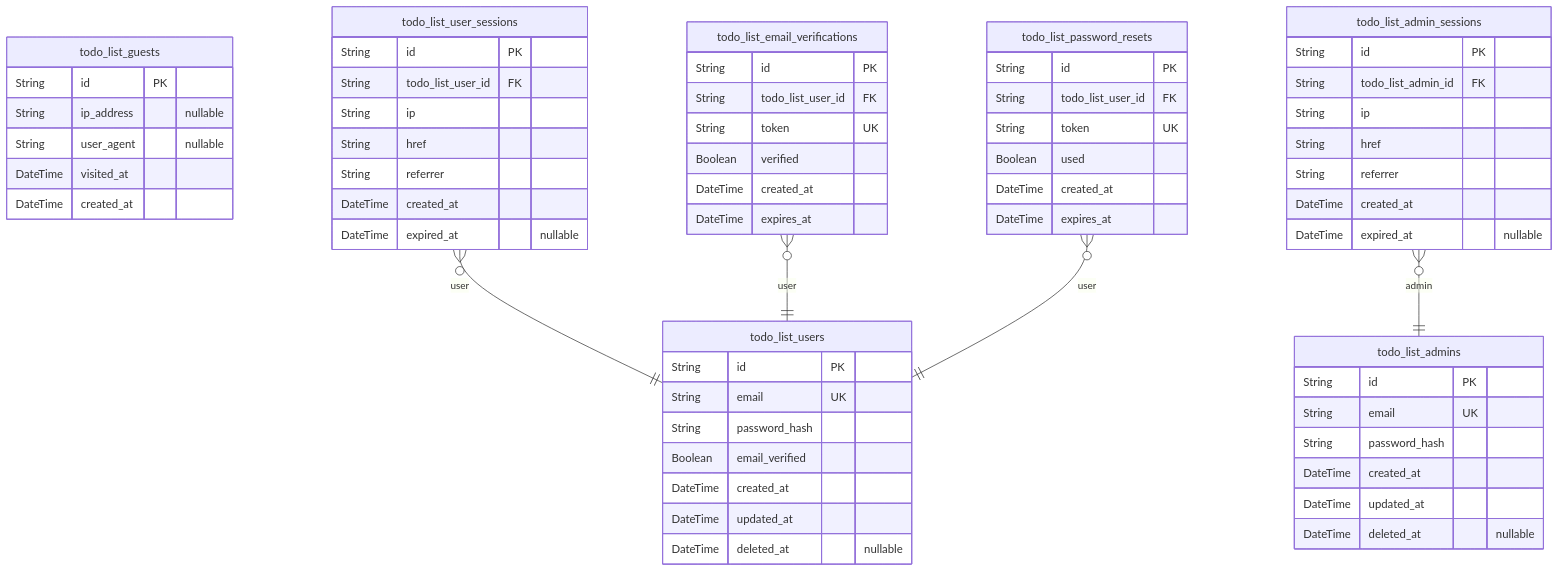
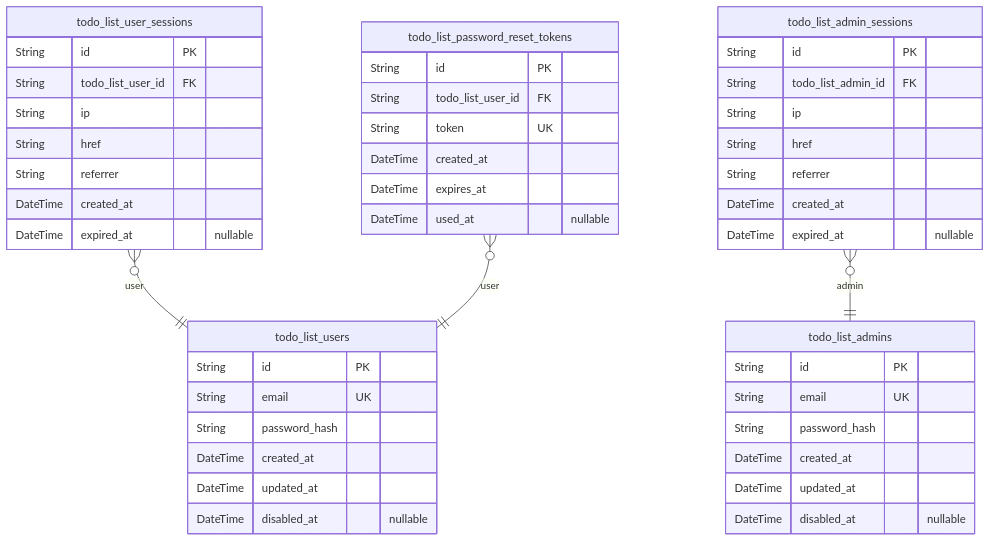
The first of 2 diagrams in anthropic/claude-sonnet-4.5/todo/docs/ERD.md (wrtnlabs/autobe-examples), drawn with Mermaid before and after one commit. The commit also changed other lines of this file and 3372 other files, not shown here.

````diff
--- a/anthropic/claude-sonnet-4.5/todo/docs/ERD.md
+++ b/anthropic/claude-sonnet-4.5/todo/docs/ERD.md
@@ -10,65 +10,48 @@
 ```mermaid
 erDiagram
-"todo_list_guests" {
-  String id PK
-  String ip_address "nullable"
-  String user_agent "nullable"
-  DateTime visited_at
-  DateTime created_at
-}
 "todo_list_users" {
   String id PK
   String email UK
   String password_hash
-  Boolean email_verified
   DateTime created_at
   DateTime updated_at
-  DateTime deleted_at "nullable"
+  DateTime disabled_at "nullable"
 }
 "todo_list_user_sessions" {
   String id PK
   String todo_list_user_id FK
   String ip
   String href
   String referrer
   DateTime created_at
   DateTime expired_at "nullable"
 }
 "todo_list_admins" {
   String id PK
   String email UK
   String password_hash
   DateTime created_at
   DateTime updated_at
-  DateTime deleted_at "nullable"
+  DateTime disabled_at "nullable"
 }
 "todo_list_admin_sessions" {
   String id PK
   String todo_list_admin_id FK
   String ip
   String href
   String referrer
   DateTime created_at
   DateTime expired_at "nullable"
 }
-"todo_list_email_verifications" {
+"todo_list_password_reset_tokens" {
   String id PK
   String todo_list_user_id FK
   String token UK
-  Boolean verified
   DateTime created_at
   DateTime expires_at
-}
-"todo_list_password_resets" {
-  String id PK
-  String todo_list_user_id FK
-  String token UK
-  Boolean used
-  DateTime created_at
-  DateTime expires_at
+  DateTime used_at "nullable"
 }
 "todo_list_user_sessions" }o--|| "todo_list_users" : user
 "todo_list_admin_sessions" }o--|| "todo_list_admins" : admin
-"todo_list_email_verifications" }o--|| "todo_list_users" : user
-"todo_list_password_resets" }o--|| "todo_list_users" : user
+"todo_list_password_reset_tokens" }o--|| "todo_list_users" : user
 ```
````
